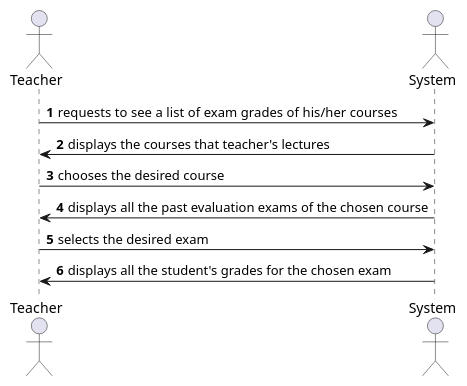
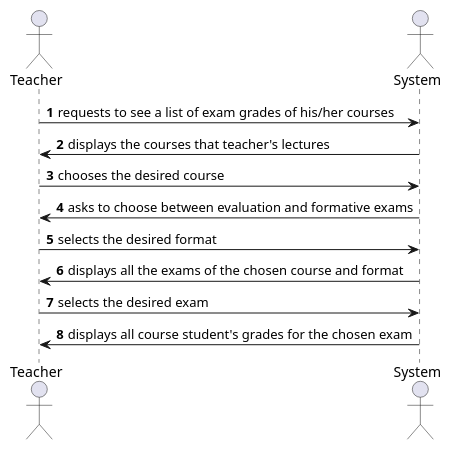
The diagram in docs/sprint-c/us38-2006/US2006_SSD.puml (miseEnPlace-dev/lapr4), drawn with PlantUML before and after one commit. The commit also changed 1 other file, not shown here.

Commit message:
docs: updated SSD (#59)

```diff
--- a/docs/sprint-c/us38-2006/US2006_SSD.puml
+++ b/docs/sprint-c/us38-2006/US2006_SSD.puml
@@ -1,16 +1,16 @@
-@startuml
+@startuml US2006_SSD
 autonumber
 
 actor Teacher as "Teacher"
 actor System as "System"
 
-
-Teacher -> System: requests to see a list of exam grades of  his/her courses
+Teacher -> System: requests to see a list of exam grades of his/her courses
 System -> Teacher: displays the courses that teacher's lectures
 Teacher -> System: chooses the desired course
-System -> Teacher:  displays all the past evaluation exams of the chosen course
+System -> Teacher: asks to choose between evaluation and formative exams
+Teacher -> System: selects the desired format
+System -> Teacher: displays all the exams of the chosen course and format
 Teacher -> System: selects the desired exam
-System -> Teacher: displays all the student's grades for the chosen exam
-
+System -> Teacher: displays all course student's grades for the chosen exam
 
 @enduml
```
